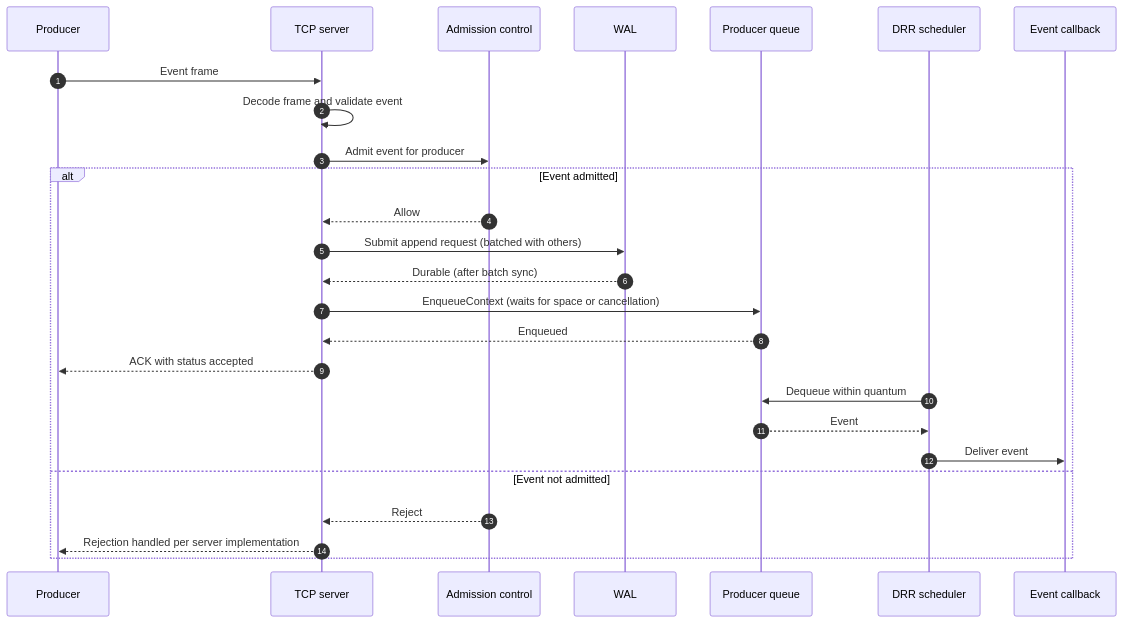
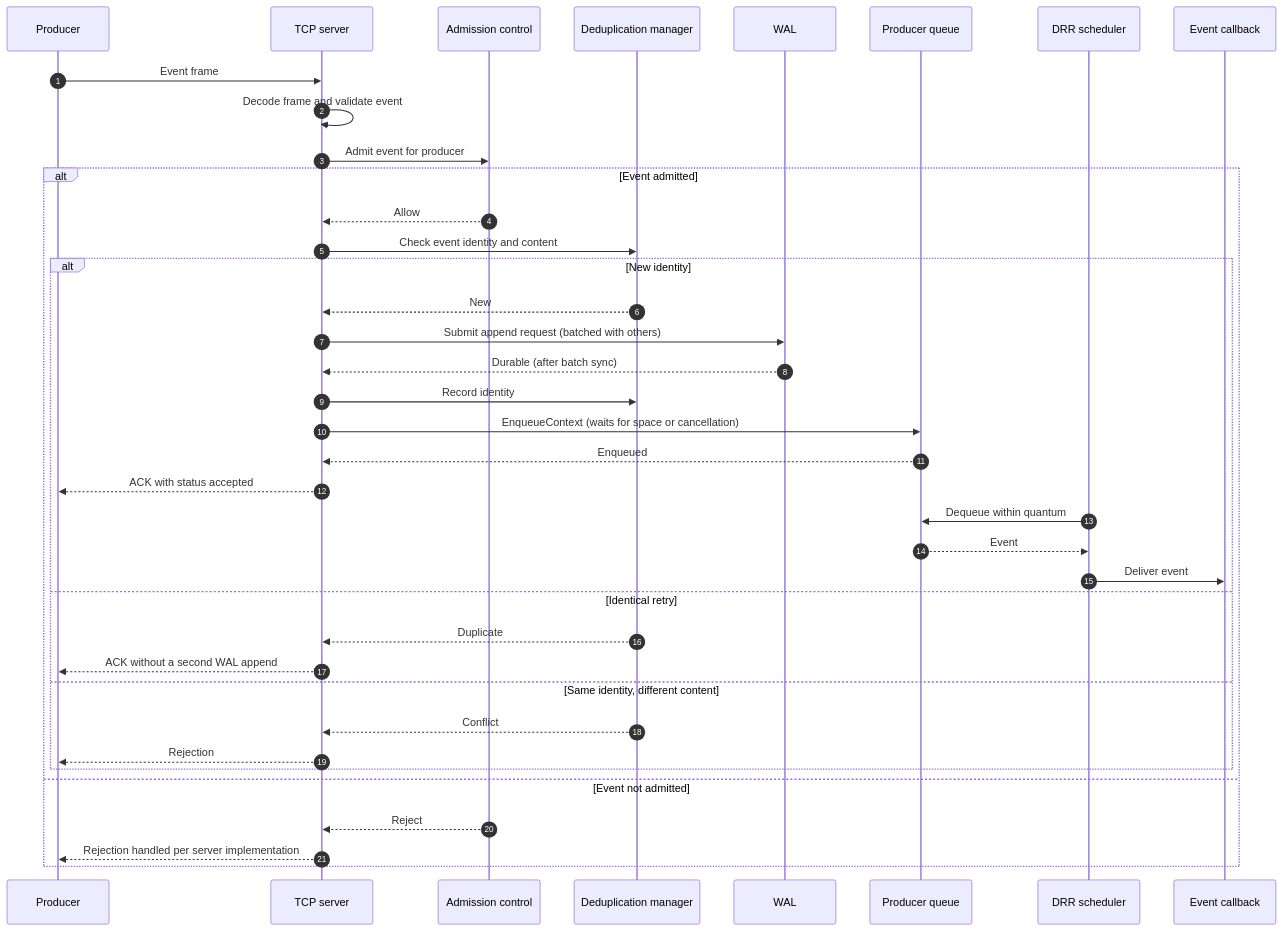
Before and after one commit to PratyushVishal11011/Fairgate: the third of 15 diagrams in README.md, drawn with Mermaid. The commit also changed other lines of this file and 1 other file, not shown here.

````diff
--- a/README.md
+++ b/README.md
@@ -301,29 +331,41 @@
 ```mermaid
 sequenceDiagram
     autonumber
     participant P as Producer
     participant S as TCP server
     participant A as Admission control
+    participant DD as Deduplication manager
     participant W as WAL
     participant Q as Producer queue
     participant D as DRR scheduler
     participant C as Event callback
 
     P->>S: Event frame
     S->>S: Decode frame and validate event
     S->>A: Admit event for producer
     alt Event admitted
         A-->>S: Allow
-        S->>W: Submit append request (batched with others)
-        W-->>S: Durable (after batch sync)
-        S->>Q: EnqueueContext (waits for space or cancellation)
-        Q-->>S: Enqueued
-        S-->>P: ACK with status accepted
-        D->>Q: Dequeue within quantum
-        Q-->>D: Event
-        D->>C: Deliver event
+        S->>DD: Check event identity and content
+        alt New identity
+            DD-->>S: New
+            S->>W: Submit append request (batched with others)
+            W-->>S: Durable (after batch sync)
+            S->>DD: Record identity
+            S->>Q: EnqueueContext (waits for space or cancellation)
+            Q-->>S: Enqueued
+            S-->>P: ACK with status accepted
+            D->>Q: Dequeue within quantum
+            Q-->>D: Event
+            D->>C: Deliver event
+        else Identical retry
+            DD-->>S: Duplicate
+            S-->>P: ACK without a second WAL append
+        else Same identity, different content
+            DD-->>S: Conflict
+            S-->>P: Rejection
+        end
     else Event not admitted
         A-->>S: Reject
         S-->>P: Rejection handled per server implementation
     end
 ```
````
